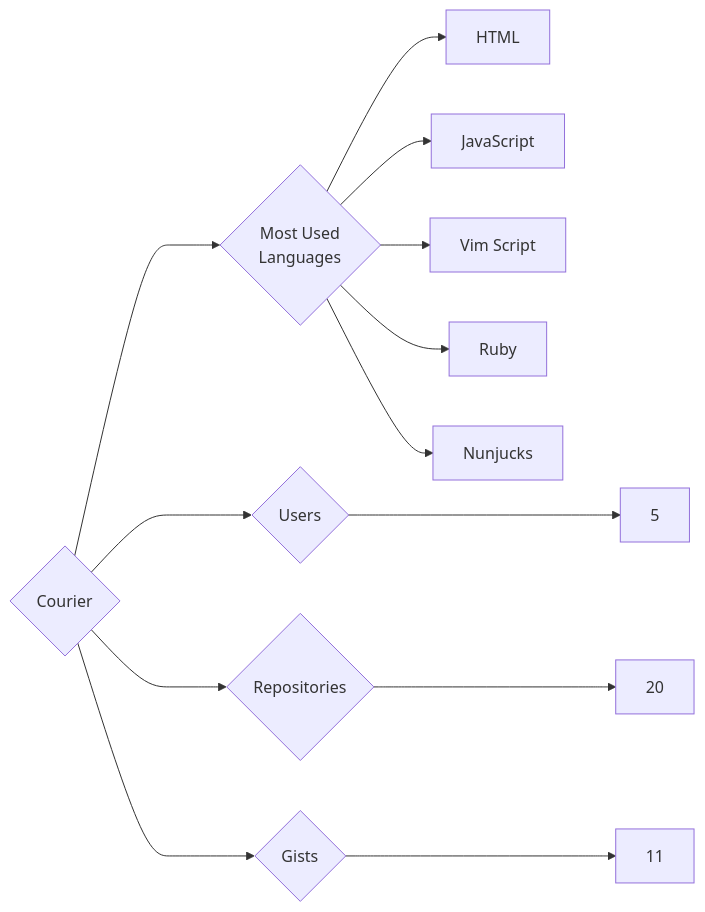
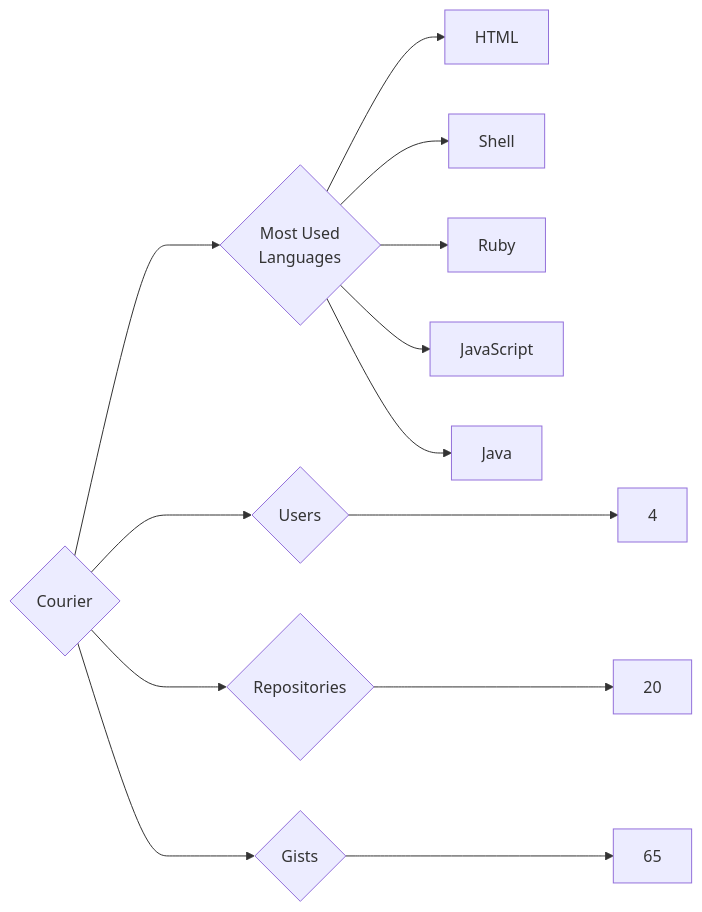
Before and after one commit to trickest/insiders: the diagram in targets/Courier/README.md, drawn with Mermaid. The commit also changed 681 other files, not shown here.

````diff
--- a/targets/Courier/README.md
+++ b/targets/Courier/README.md
@@ -3,13 +3,13 @@
 ```mermaid
 graph LR
 COMPANY_NAME{Courier}
-COMPANY_NAME ---> U{Users} ---> UN[5]
+COMPANY_NAME ---> U{Users} ---> UN[4]
 COMPANY_NAME ---> R{Repositories} ---> RN[20]
-COMPANY_NAME ---> G{Gists} ---> GN[11]
+COMPANY_NAME ---> G{Gists} ---> GN[65]
 COMPANY_NAME ---> ML{Most Used<br>Languages}
 ML --> HTML[HTML]
+ML --> Shell[Shell]
+ML --> Ruby[Ruby]
 ML --> JavaScript[JavaScript]
-ML --> Vim_Script[Vim Script]
-ML --> Ruby[Ruby]
-ML --> Nunjucks[Nunjucks]
+ML --> Java[Java]
 ```
````
